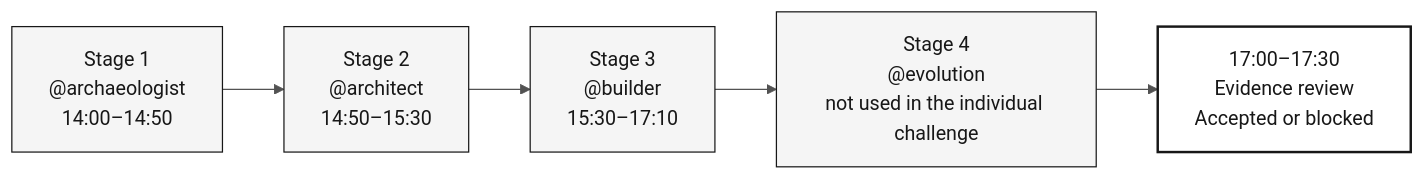
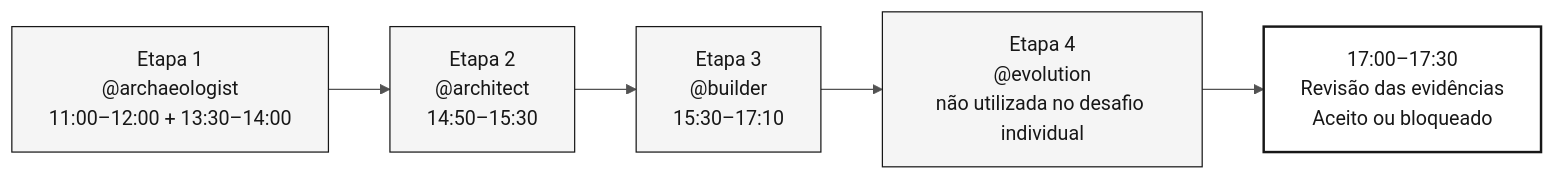
One commit to serpro-workshop-floripa/sifap-workshop-paula-00 changed the diagram in 06-stage-agents/README.md. Above: the diagram before and after it, drawn with Mermaid. The commit also changed other lines of this file and 6 other files, not shown here.

Commit message:
Translate discovery report and evolution guide templates to Portuguese; update stage agents README for consistency in language and context.

````diff
--- a/06-stage-agents/README.md
+++ b/06-stage-agents/README.md
@@ -55,11 +55,11 @@
 ```mermaid
 %%{init: {'theme':'neutral','themeVariables':{'fontFamily':'ui-sans-serif, system-ui, sans-serif','primaryColor':'#F5F5F5','primaryTextColor':'#171717','primaryBorderColor':'#171717','lineColor':'#525252','secondaryColor':'#FFFFFF','tertiaryColor':'#FAFAFA','background':'#FFFFFF'}}}%%
 flowchart LR
     classDef step fill:#F5F5F5,stroke:#171717,color:#171717
     classDef result fill:#FFFFFF,stroke:#171717,color:#171717,stroke-width:2px
 
-    A["Stage 1<br/>@archaeologist<br/>14:00–14:50"]:::step --> B["Stage 2<br/>@architect<br/>14:50–15:30"]:::step
-    B --> C["Stage 3<br/>@builder<br/>15:30–17:10"]:::step
-    C --> D["Stage 4<br/>@evolution<br/>not used in the individual challenge"]:::step
-    D --> E["17:00–17:30<br/>Evidence review<br/>Accepted or blocked"]:::result
+    A["Etapa 1<br/>@archaeologist<br/>11:00–12:00 + 13:30–14:00"]:::step --> B["Etapa 2<br/>@architect<br/>14:50–15:30"]:::step
+    B --> C["Etapa 3<br/>@builder<br/>15:30–17:10"]:::step
+    C --> D["Etapa 4<br/>@evolution<br/>não utilizada no desafio individual"]:::step
+    D --> E["17:00–17:30<br/>Revisão das evidências<br/>Aceito ou bloqueado"]:::result
 ```
````
